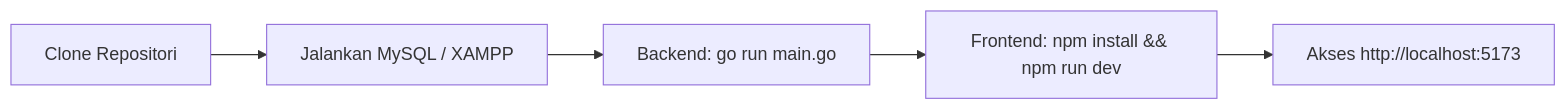
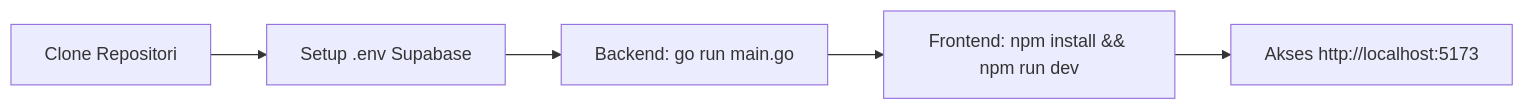
The sixth of 7 diagrams in WORKFLOW.md (WaraneyKamagi/Web-Bukit-Kasih), drawn with Mermaid before and after one commit. The commit also changed other lines of this file and 24 other files, not shown here.

````diff
--- a/WORKFLOW.md
+++ b/WORKFLOW.md
@@ -214,7 +214,7 @@
 ```mermaid
 flowchart LR
-    A[Clone Repositori] --> B[Jalankan MySQL / XAMPP]
+    A[Clone Repositori] --> B[Setup .env Supabase]
     B --> C[Backend: go run main.go]
     C --> D[Frontend: npm install && npm run dev]
     D --> E[Akses http://localhost:5173]
 ```
````
